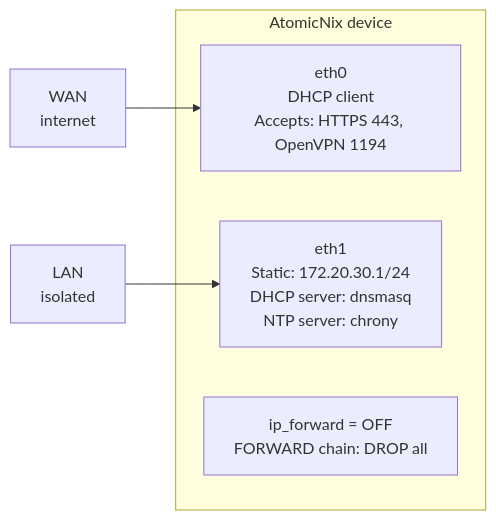
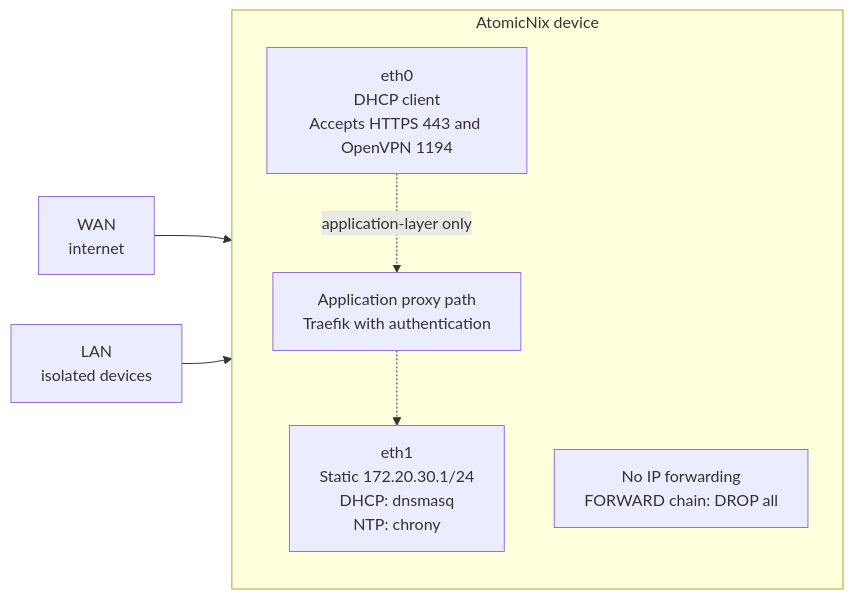
One commit to RobertDeRose/AtomicNIx changed the diagram in docs/src/architecture/network-topology.md. Above: the diagram before and after it, drawn with Mermaid. The commit also changed 32 other files, not shown here.

````diff
--- a/docs/src/architecture/network-topology.md
+++ b/docs/src/architecture/network-topology.md
@@ -7,11 +7,16 @@
 ```mermaid
 flowchart LR
-    WAN["WAN<br/>internet"] --> ETH0["eth0<br/>DHCP client<br/>Accepts: HTTPS 443, OpenVPN 1194"]
-    LAN["LAN<br/>isolated"] --> ETH1["eth1<br/>Static: 172.20.30.1/24<br/>DHCP server: dnsmasq<br/>NTP server: chrony"]
+    WAN["WAN<br/>internet"] --> ETH0["eth0<br/>DHCP client<br/>Accepts HTTPS 443 and OpenVPN 1194"]
+    LAN["LAN<br/>isolated devices"] --> ETH1["eth1<br/>Static 172.20.30.1/24<br/>DHCP: dnsmasq<br/>NTP: chrony"]
 
     subgraph DEVICE["AtomicNix device"]
+        direction TB
         ETH0
-        CORE["ip_forward = OFF<br/>FORWARD chain: DROP all"]
+        CORE["No IP forwarding<br/>FORWARD chain: DROP all"]
         ETH1
+        PROXY["Application proxy path<br/>Traefik with authentication"]
     end
+
+    ETH0 -. application-layer only .-> PROXY
+    PROXY -.-> ETH1
 ```
````
